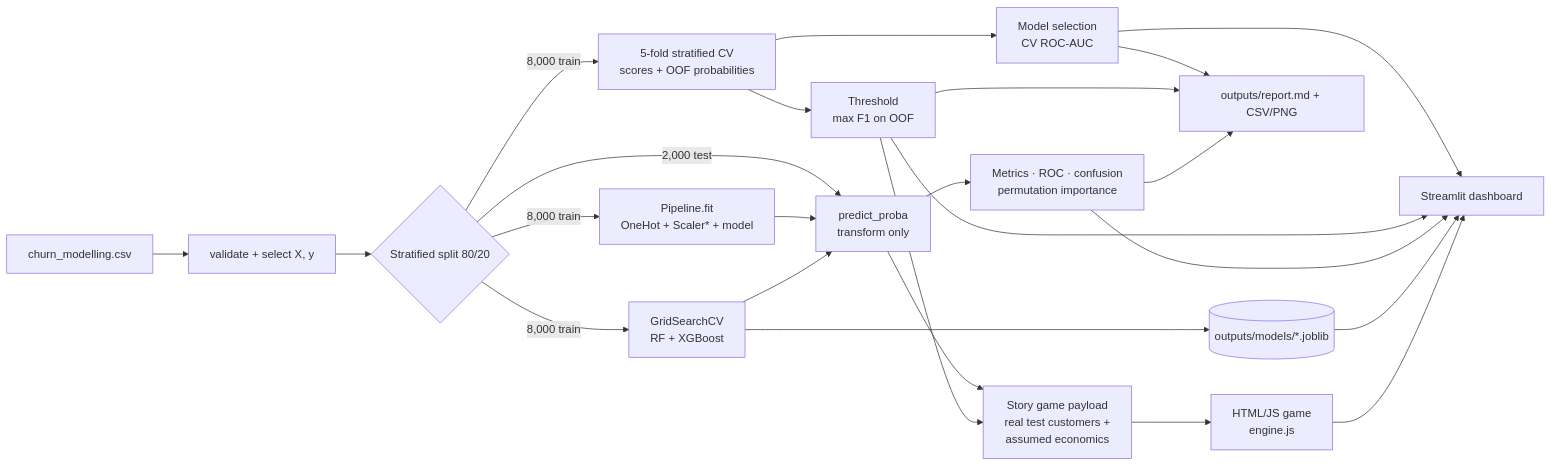
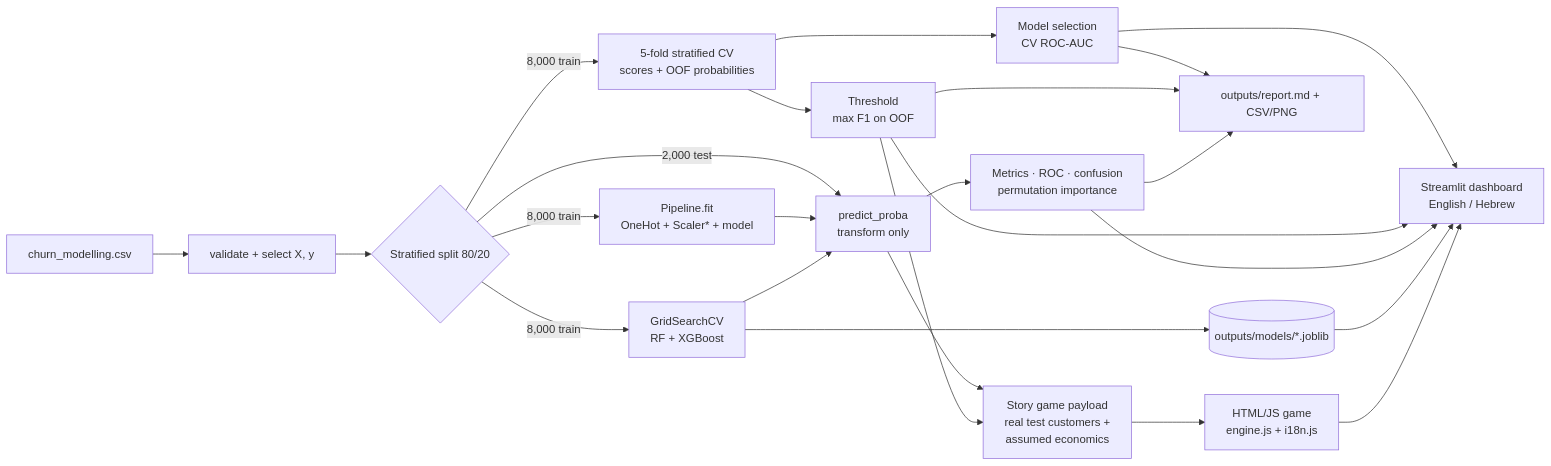
One commit to itaybs/bank-churn-prediction changed the diagram in README.md. Above: the diagram before and after it, drawn with Mermaid. The commit also changed other lines of this file and 10 other files, not shown here.

First line of the commit message:
Add English/Hebrew interface and Hebrew documentation

````diff
--- a/README.md
+++ b/README.md
@@ -309,20 +351,20 @@
 ```mermaid
 flowchart LR
     A[churn_modelling.csv] --> B[validate + select X, y]
     B --> C{Stratified split 80/20}
     C -->|8,000 train| D[5-fold stratified CV<br/>scores + OOF probabilities]
     C -->|8,000 train| E[Pipeline.fit<br/>OneHot + Scaler* + model]
     C -->|8,000 train| T[GridSearchCV<br/>RF + XGBoost]
     C -->|2,000 test| F[predict_proba<br/>transform only]
     D --> G[Model selection<br/>CV ROC-AUC]
     D --> H[Threshold<br/>max F1 on OOF]
     E --> F
     T --> M[(outputs/models/*.joblib)]
     T --> F
     F --> I[Metrics · ROC · confusion<br/>permutation importance]
     G & H & I --> R[outputs/report.md + CSV/PNG]
-    G & H & I & M --> S[Streamlit dashboard]
+    G & H & I & M --> S[Streamlit dashboard<br/>English / Hebrew]
     F & H --> GM[Story game payload<br/>real test customers +<br/>assumed economics]
-    GM --> J[HTML/JS game<br/>engine.js]
+    GM --> J[HTML/JS game<br/>engine.js + i18n.js]
     J --> S
 ```
````
